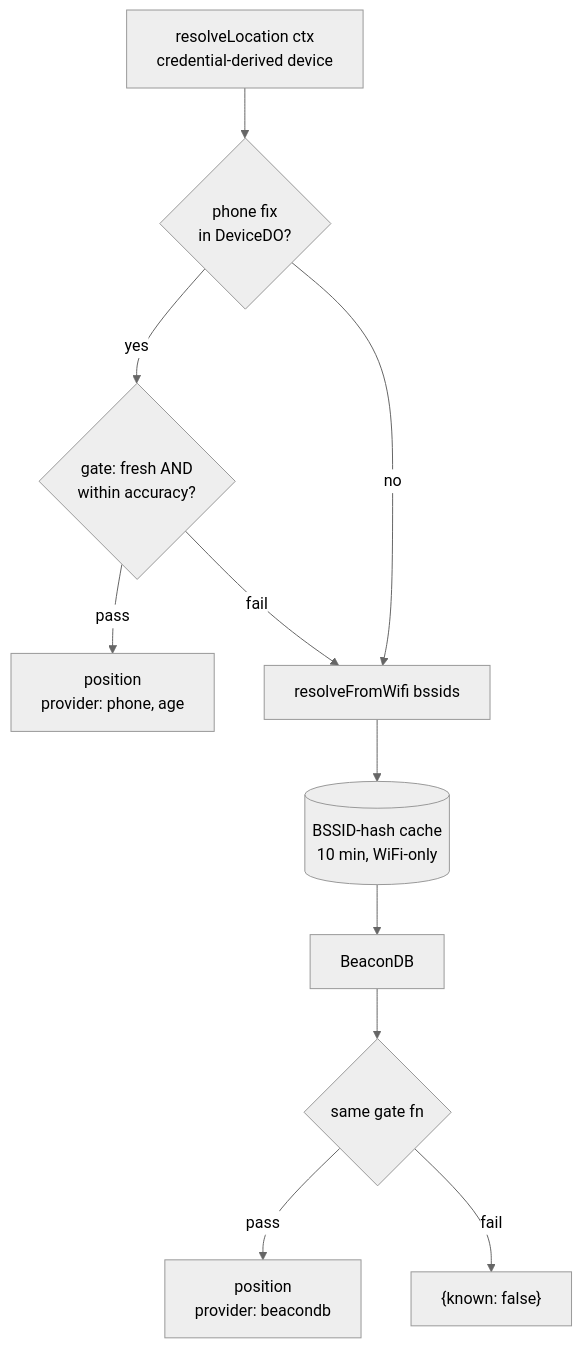
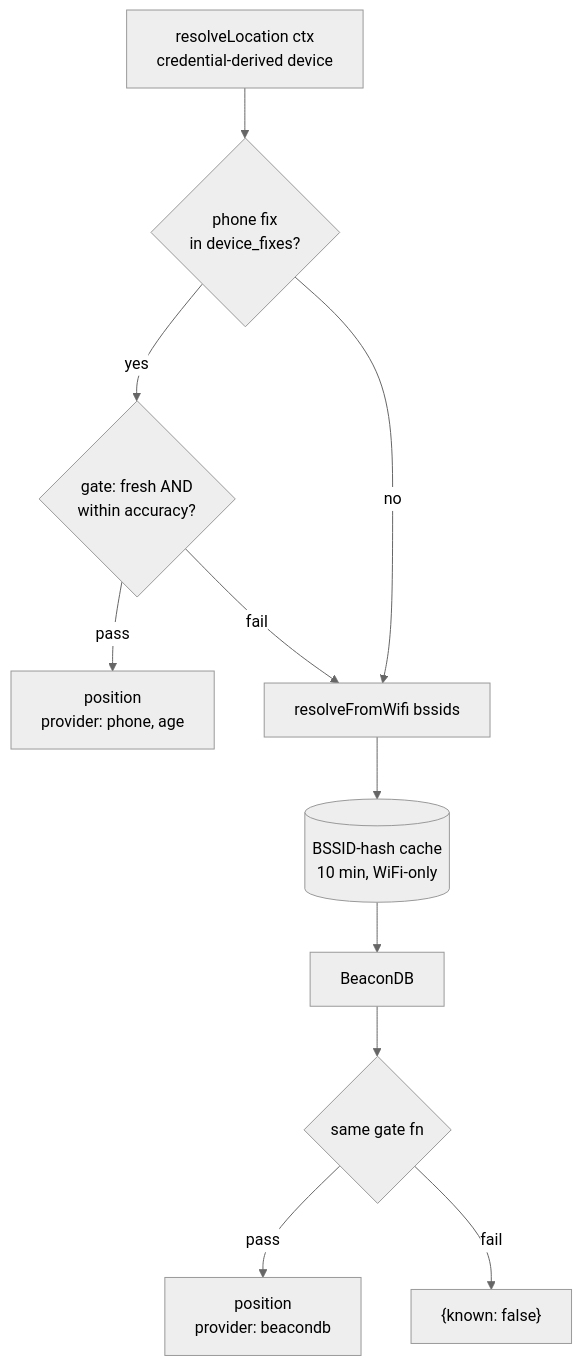
Before and after one commit to mariogiampieri/gtfs-compass: the second of 2 diagrams in docs/plans/2026-08-03-004-feat-phase-5-accounts-pairing-relay-plan.md, drawn with Mermaid (neutral theme). The commit also changed other lines of this file, not shown here.

First line of the commit message:
docs: relay moves from a per-device DO to a D1 table (Mario's call)

````diff
--- a/docs/plans/2026-08-03-004-feat-phase-5-accounts-pairing-relay-plan.md
+++ b/docs/plans/2026-08-03-004-feat-phase-5-accounts-pairing-relay-plan.md
@@ -146,13 +149,13 @@
 ```mermaid
 flowchart TB
-  CTX[resolveLocation ctx\ncredential-derived device] --> PH{phone fix\nin DeviceDO?}
+  CTX[resolveLocation ctx\ncredential-derived device] --> PH{phone fix\nin device_fixes?}
   PH -- yes --> G1{gate: fresh AND\nwithin accuracy?}
   G1 -- pass --> OUT[position\nprovider: phone, age]
   G1 -- fail --> WIFI
   PH -- no --> WIFI[resolveFromWifi bssids]
   WIFI --> C[(BSSID-hash cache\n10 min, WiFi-only)]
   C --> BDB[BeaconDB]
   BDB --> G2{same gate fn}
   G2 -- pass --> OUT2[position\nprovider: beacondb]
   G2 -- fail --> N["{known: false}"]
 ```
````
